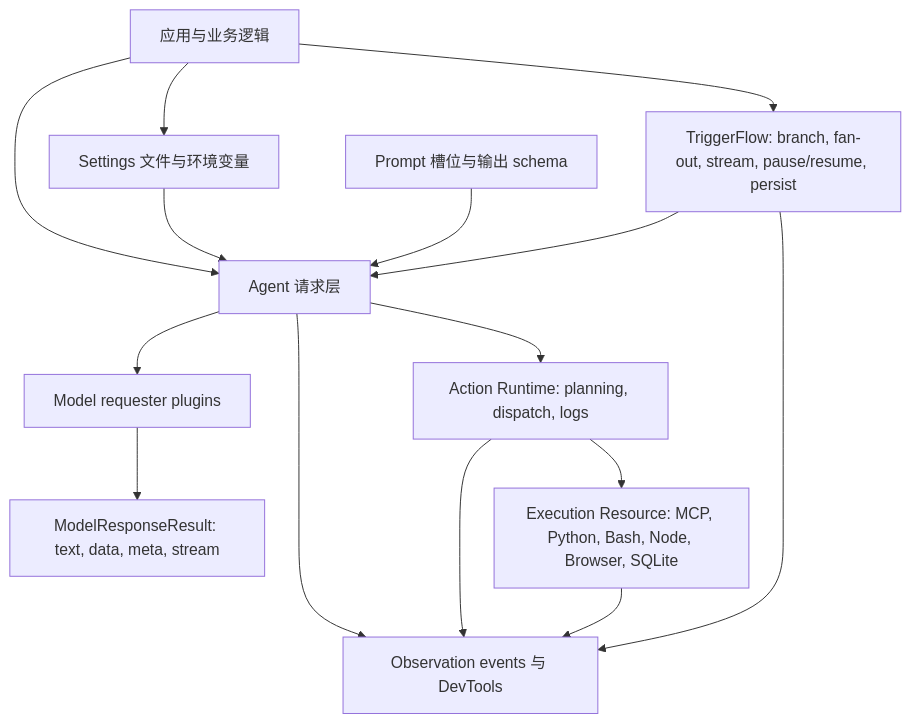
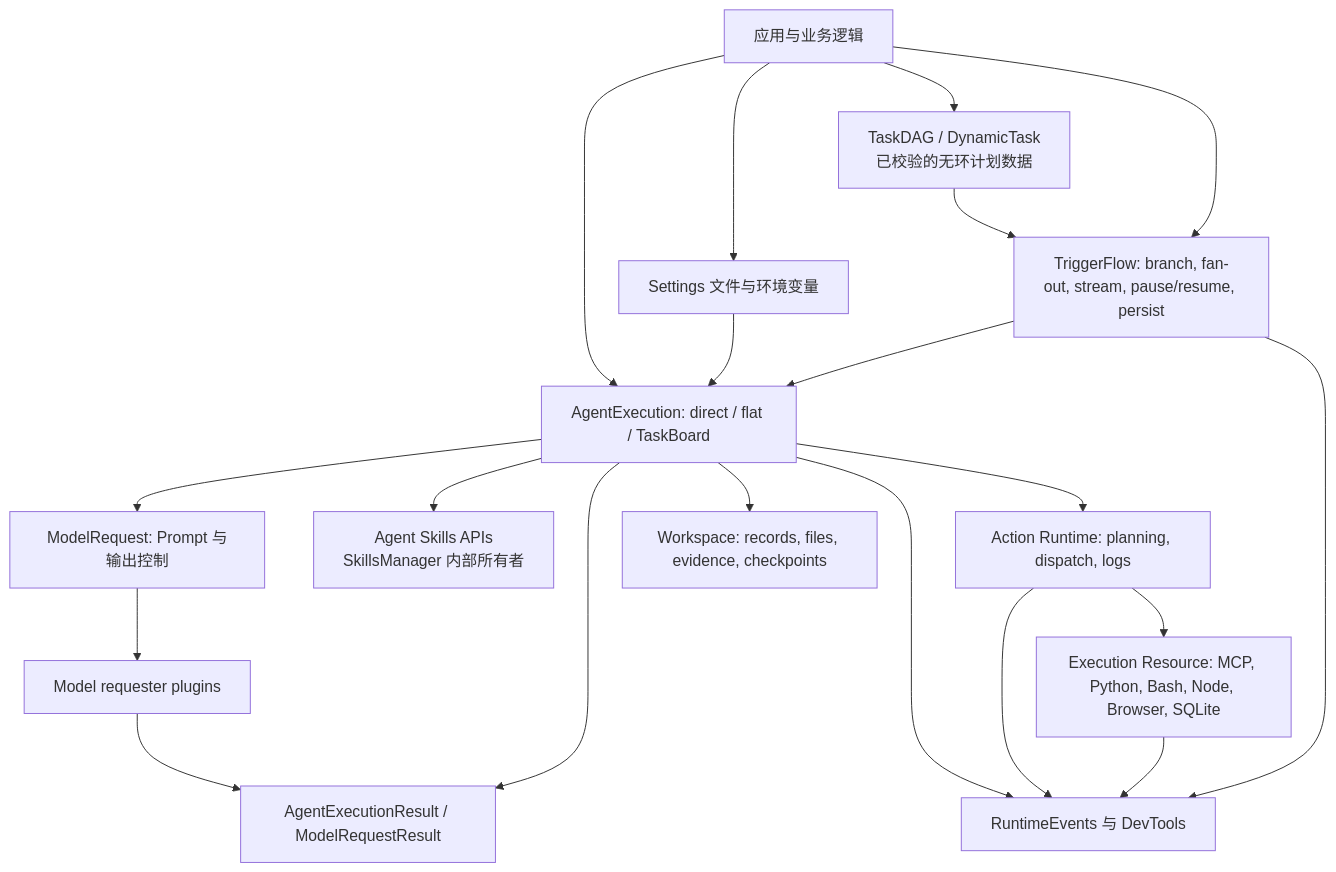
One commit to reconsumeralization/Agently changed the first of 2 diagrams in README_CN.md. Above: the diagram before and after it, drawn with Mermaid. The commit also changed other lines of this file and 1 other file, not shown here.

````diff
--- a/README_CN.md
+++ b/README_CN.md
@@ -471,28 +516,36 @@
 ```mermaid
 graph TB
     App["应用与业务逻辑"]
     Settings["Settings 文件与环境变量"]
-    Prompt["Prompt 槽位与输出 schema"]
-    Agent["Agent 请求层"]
+    Execution["AgentExecution: direct / flat / TaskBoard"]
+    Request["ModelRequest: Prompt 与输出控制"]
     Model["Model requester plugins"]
-    Result["ModelResponseResult: text, data, meta, stream"]
+    Result["AgentExecutionResult / ModelRequestResult"]
+    Skills["Agent Skills APIs\nSkillsManager 内部所有者"]
     Action["Action Runtime: planning, dispatch, logs"]
     Env["Execution Resource: MCP, Python, Bash, Node, Browser, SQLite"]
+    Workspace["Workspace: records, files, evidence, checkpoints"]
+    DAG["TaskDAG / DynamicTask\n已校验的无环计划数据"]
     Flow["TriggerFlow: branch, fan-out, stream, pause/resume, persist"]
-    Observe["Observation events 与 DevTools"]
+    Observe["RuntimeEvents 与 DevTools"]
 
     App --> Settings
-    App --> Agent
-    Settings --> Agent
-    Prompt --> Agent
-    Agent --> Model
+    App --> Execution
+    Settings --> Execution
+    Execution --> Request
+    Request --> Model
     Model --> Result
-    Agent --> Action
+    Execution --> Result
+    Execution --> Skills
+    Execution --> Action
+    Execution --> Workspace
     Action --> Env
+    App --> DAG
+    DAG --> Flow
     App --> Flow
-    Flow --> Agent
-    Agent --> Observe
+    Flow --> Execution
+    Execution --> Observe
     Action --> Observe
     Env --> Observe
     Flow --> Observe
 ```
````
